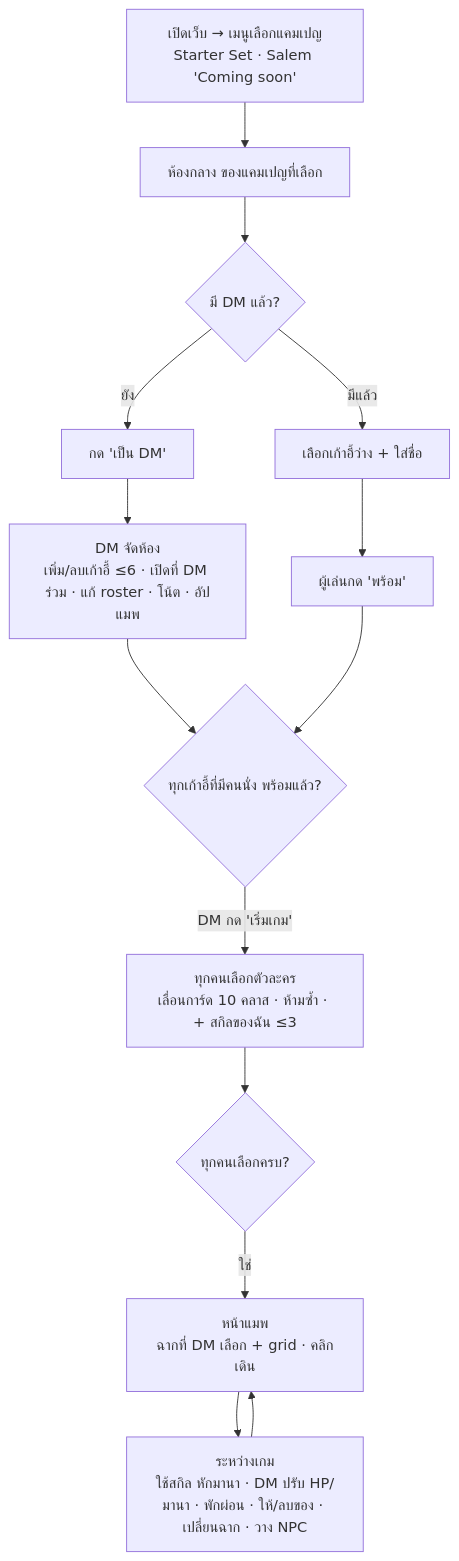
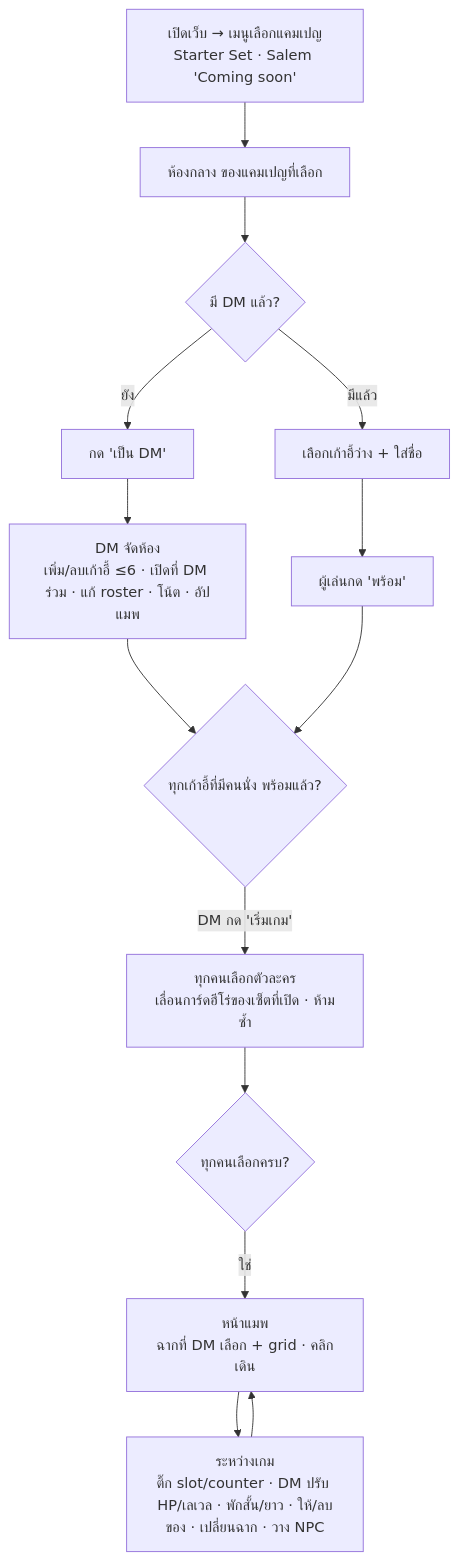
Before and after one commit to Shinnamon-Roll/project-D-D: the first of 2 diagrams in docs/design/web-flow.md, drawn with Mermaid. The commit also changed other lines of this file and 57 other files, not shown here.

````diff
--- a/docs/design/web-flow.md
+++ b/docs/design/web-flow.md
@@ -23,16 +24,16 @@
 ```mermaid
 flowchart TD
   M[เปิดเว็บ → เมนูเลือกแคมเปญ<br/>Starter Set · Salem 'Coming soon'] --> A
   A[ห้องกลาง ของแคมเปญที่เลือก] --> B{มี DM แล้ว?}
   B -- ยัง --> C[กด 'เป็น DM']
   B -- มีแล้ว --> D[เลือกเก้าอี้ว่าง + ใส่ชื่อ]
   C --> E[DM จัดห้อง<br/>เพิ่ม/ลบเก้าอี้ ≤6 · เปิดที่ DM ร่วม · แก้ roster · โน้ต · อัปแมพ]
   D --> F[ผู้เล่นกด 'พร้อม']
   E --> G{ทุกเก้าอี้ที่มีคนนั่ง พร้อมแล้ว?}
   F --> G
-  G -- DM กด 'เริ่มเกม' --> H[ทุกคนเลือกตัวละคร<br/>เลื่อนการ์ด 10 คลาส · ห้ามซ้ำ · + สกิลของฉัน ≤3]
+  G -- DM กด 'เริ่มเกม' --> H[ทุกคนเลือกตัวละคร<br/>เลื่อนการ์ดฮีโร่ของเซ็ตที่เปิด · ห้ามซ้ำ]
   H --> I{ทุกคนเลือกครบ?}
   I -- ใช่ --> J[หน้าแมพ<br/>ฉากที่ DM เลือก + grid · คลิกเดิน]
-  J --> K[ระหว่างเกม<br/>ใช้สกิล หักมานา · DM ปรับ HP/มานา · พักผ่อน · ให้/ลบของ · เปลี่ยนฉาก · วาง NPC]
+  J --> K[ระหว่างเกม<br/>ติ๊ก slot/counter · DM ปรับ HP/เลเวล · พักสั้น/ยาว · ให้/ลบของ · เปลี่ยนฉาก · วาง NPC]
   K --> J
 ```
````
